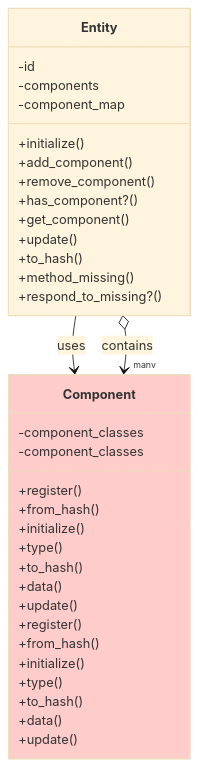
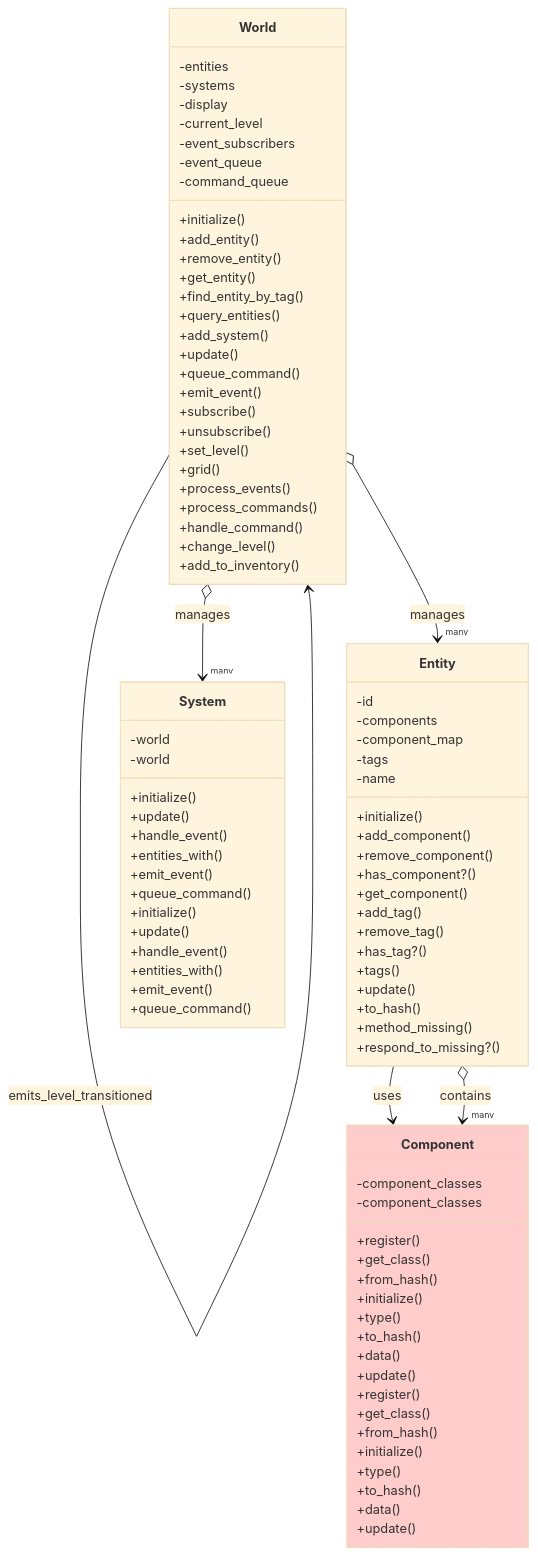
The diagram in documents/diagrams/core.mmd (Davidslv/vanilla-roguelike), drawn with Mermaid (base theme) before and after one commit. The commit also changed 3 other files, not shown here.

First line of the commit message:
ECS Mermaid documentation

```diff
--- a/documents/diagrams/core.mmd
+++ b/documents/diagrams/core.mmd
@@ -1,43 +1,102 @@
 classDiagram
   subgraph Core
     class Component {
       -component_classes
       +register()
+      +get_class()
       +from_hash()
       +initialize()
       +type()
       +to_hash()
       +data()
       +update()
     }
     class Entity {
       -id
       -components
       -component_map
+      -tags
+      -name
       +initialize()
       +add_component()
       +remove_component()
       +has_component?()
       +get_component()
+      +add_tag()
+      +remove_tag()
+      +has_tag?()
+      +tags()
       +update()
       +to_hash()
       +method_missing()
       +respond_to_missing?()
+    }
+    class System {
+      -world
+      +initialize()
+      +update()
+      +handle_event()
+      +entities_with()
+      +emit_event()
+      +queue_command()
+    }
+    class World {
+      -entities
+      -systems
+      -display
+      -current_level
+      -event_subscribers
+      -event_queue
+      -command_queue
+      +initialize()
+      +add_entity()
+      +remove_entity()
+      +get_entity()
+      +find_entity_by_tag()
+      +query_entities()
+      +add_system()
+      +update()
+      +queue_command()
+      +emit_event()
+      +subscribe()
+      +unsubscribe()
+      +set_level()
+      +grid()
+      +process_events()
+      +process_commands()
+      +handle_command()
+      +change_level()
+      +add_to_inventory()
     }
   end
   subgraph Components
     class Component {
       -component_classes
       +register()
+      +get_class()
       +from_hash()
       +initialize()
       +type()
       +to_hash()
       +data()
       +update()
     }
     style Component fill:#ffcccc
   end
+  subgraph Systems
+    class System {
+      -world
+      +initialize()
+      +update()
+      +handle_event()
+      +entities_with()
+      +emit_event()
+      +queue_command()
+    }
+  end
   %% Relationships
   Entity --> Component : uses
+  World --> World :  emits_level_transitioned
   Entity o--> "many" Component : contains
+  World o--> "many" Entity : manages
+  World o--> "many" System : manages
```
